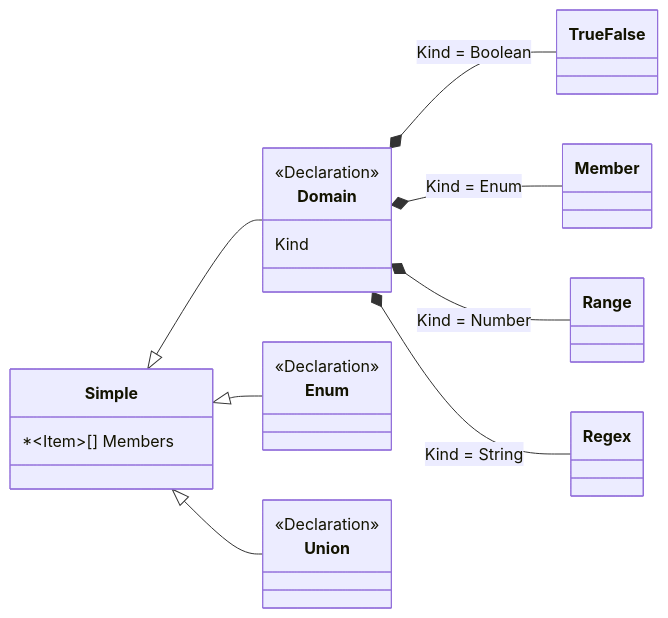
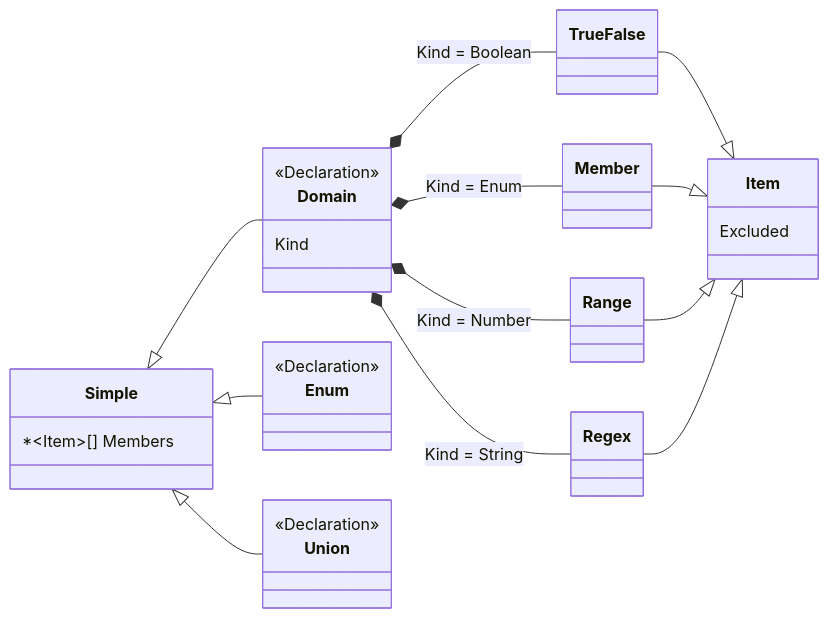
One commit to graphql-plus/graphql-plus.github.io changed the third of 5 diagrams in graphql-plus/Diagrams.md. Above: the diagram before and after it, drawn with Mermaid. The commit also changed other lines of this file and 5 other files, not shown here.

Commit message:
Improve Diagrams and Abbreviate Parameter and Argument

````diff
--- a/graphql-plus/Diagrams.md
+++ b/graphql-plus/Diagrams.md
@@ -53,21 +53,28 @@
 ```mermaid
 classDiagram
     direction LR
 
     Simple  : *~Item~[] Members
 
     Simple <|-- Domain
     Simple <|-- Enum
     Simple <|-- Union
 
     <<Declaration>> Domain
     Domain : Kind
 
     Domain *-- TrueFalse : Kind = Boolean
     Domain *-- Member : Kind = Enum
     Domain *-- Range : Kind = Number
     Domain *-- Regex : Kind = String
 
+    TrueFalse --|> Item
+    Member --|> Item
+    Range --|> Item
+    Regex --|> Item
+
+    Item : Excluded
+
     <<Declaration>> Enum
     <<Declaration>> Union
 ```
````
